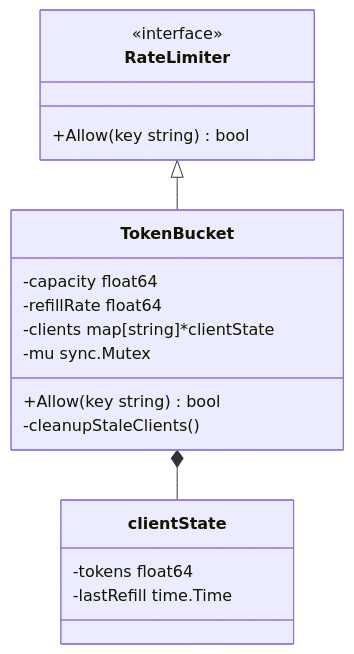
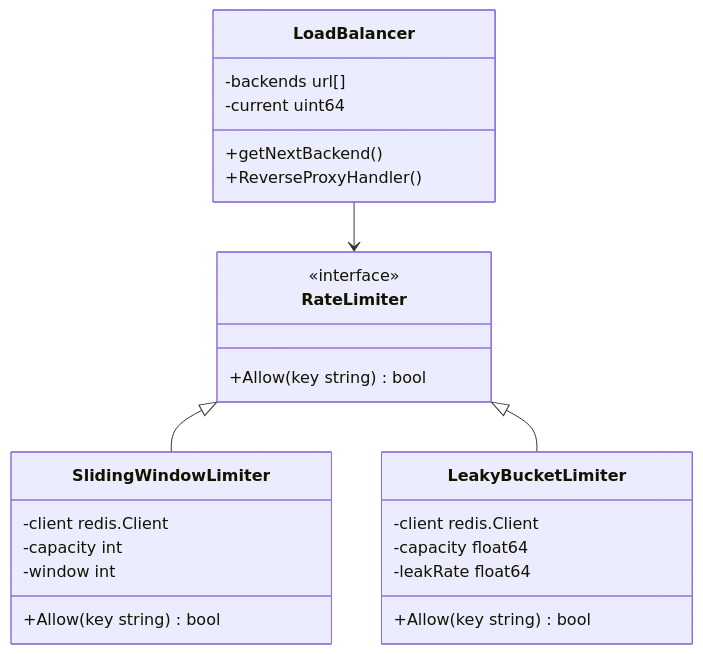
The second of 2 diagrams in README.md (shivamk01here/distributed-gateway), drawn with Mermaid before and after one commit. The commit also changed other lines of this file, not shown here.

````diff
--- a/README.md
+++ b/README.md
@@ -43,25 +74,33 @@
 ```mermaid
 classDiagram
 
 class RateLimiter {
-    <<interface>>
-    +Allow(key string) bool
+  <<interface>>
+  +Allow(key string) bool
 }
 
-class TokenBucket {
-    -capacity float64
-    -refillRate float64
-    -clients map[string]*clientState
-    -mu sync.Mutex
-    +Allow(key string) bool
-    -cleanupStaleClients()
+class SlidingWindowLimiter {
+  -client redis.Client
+  -capacity int
+  -window int
+  +Allow(key string) bool
 }
 
-class clientState {
-    -tokens float64
-    -lastRefill time.Time
+class LeakyBucketLimiter {
+  -client redis.Client
+  -capacity float64
+  -leakRate float64
+  +Allow(key string) bool
 }
 
-RateLimiter <|-- TokenBucket
-TokenBucket *-- clientState
+class LoadBalancer {
+  -backends url[]
+  -current uint64
+  +getNextBackend()
+  +ReverseProxyHandler()
+}
+
+RateLimiter <|-- SlidingWindowLimiter
+RateLimiter <|-- LeakyBucketLimiter
+LoadBalancer --> RateLimiter
 ```
````
